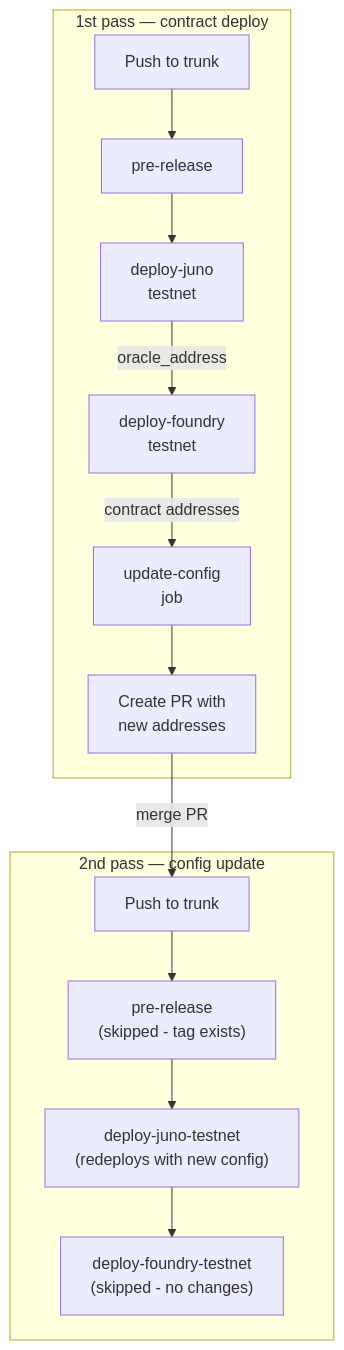
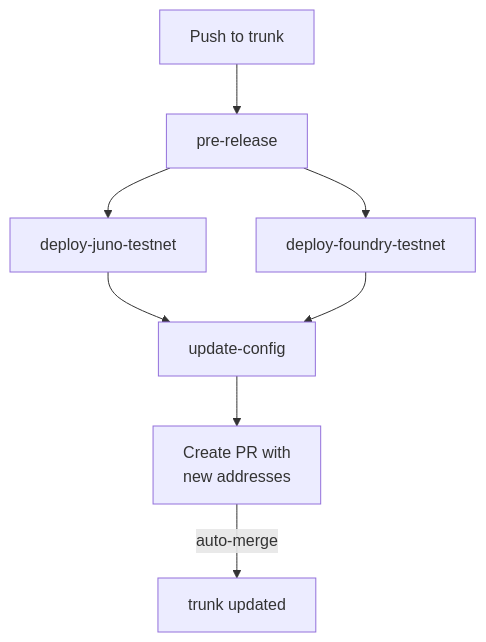
Before and after one commit to tresr-community/tresr-game: the first of 3 diagrams in docs/ci-cd.md, drawn with Mermaid. The commit also changed other lines of this file and 28 other files, not shown here.

````diff
--- a/docs/ci-cd.md
+++ b/docs/ci-cd.md
@@ -25,17 +23,10 @@
 ```mermaid
 graph TD
-    subgraph "1st pass — contract deploy"
-        A["Push to trunk"] --> B["pre-release"]
-        B --> C["deploy-juno </br> testnet"]
-        C -->|oracle_address| D["deploy-foundry </br> testnet"]
-        D -->|contract addresses| E["update-config </br> job"]
-        E --> F["Create PR with </br> new addresses"]
-    end
-
-    subgraph "2nd pass — config update"
-        F -->|merge PR| G["Push to trunk"]
-        G --> H["pre-release </br> (skipped - tag exists)"]
-        H --> I["deploy-juno-testnet </br> (redeploys with new config)"]
-        I --> J["deploy-foundry-testnet </br> (skipped - no changes)"]
-    end
+    A["Push to trunk"] --> B["pre-release"]
+    B --> C["deploy-juno-testnet"]
+    B --> D["deploy-foundry-testnet"]
+    C --> E["update-config"]
+    D --> E
+    E --> F["Create PR with</br>new addresses"]
+    F -->|"auto-merge"| G["trunk updated"]
 ```
````
